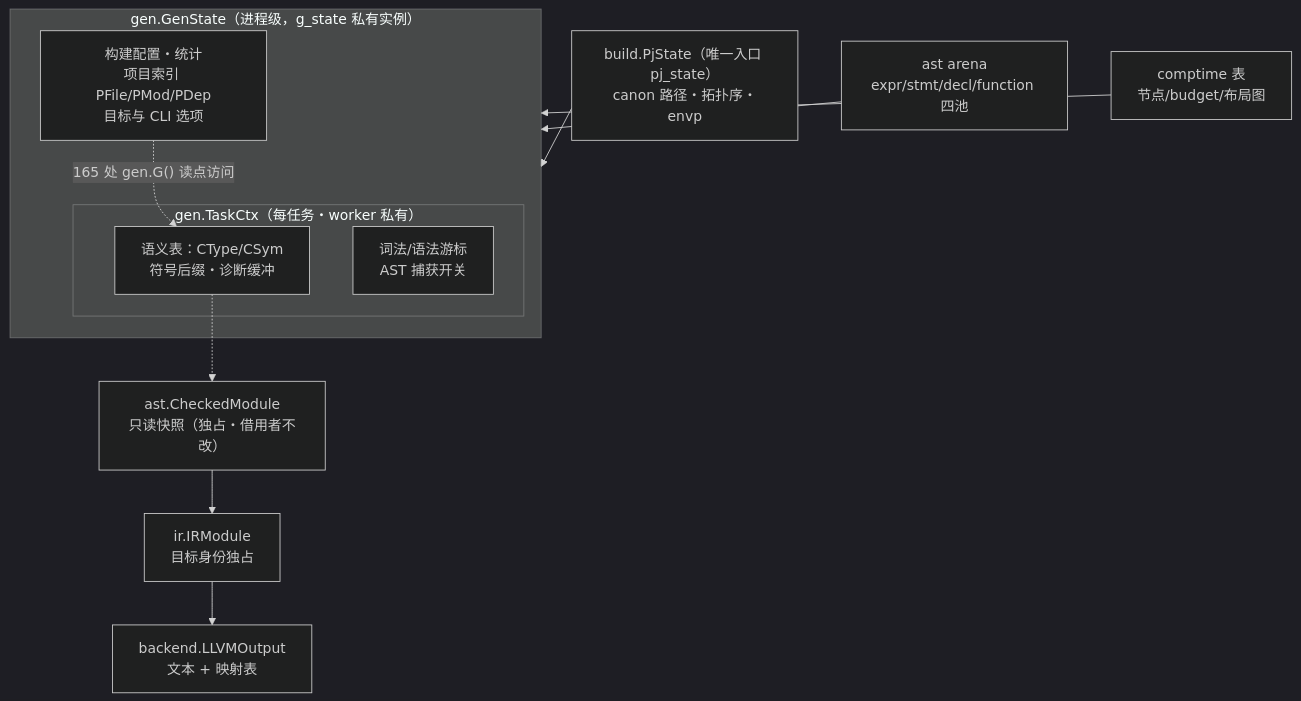
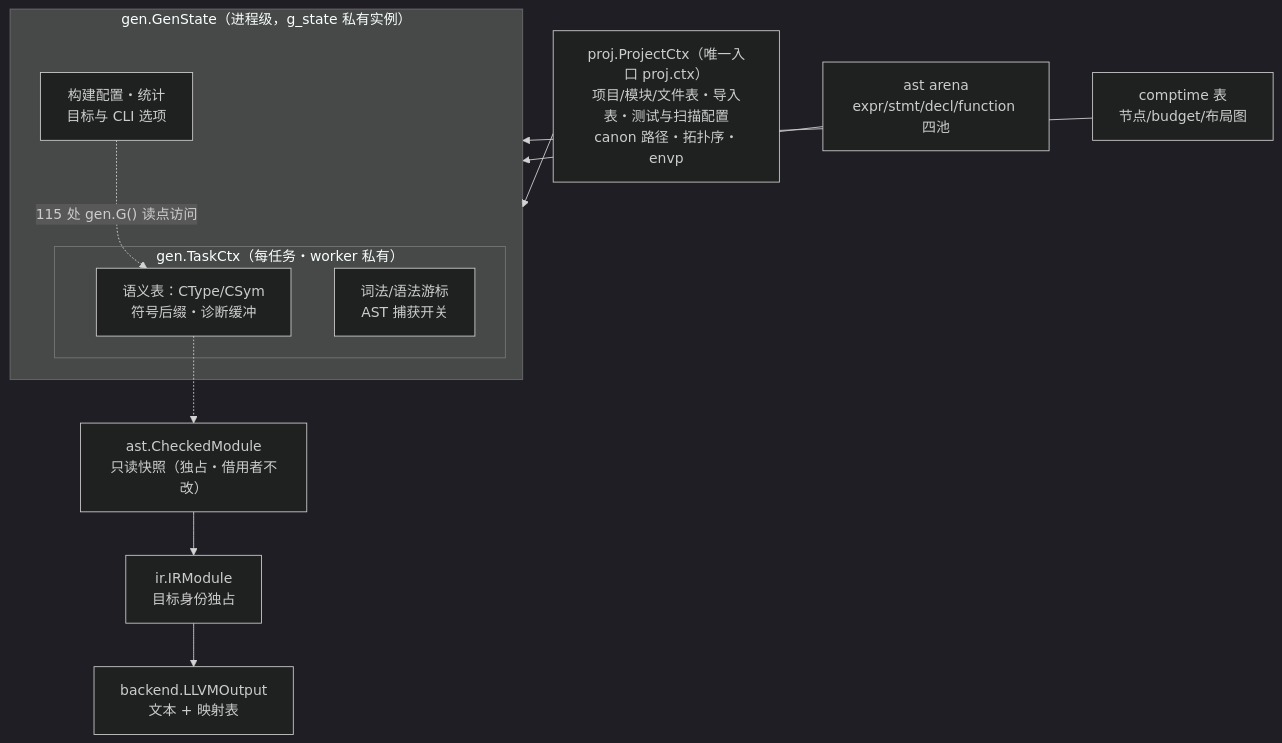
Before and after one commit to lalavender/x: the seventh of 9 diagrams in docs/03-design/yh-架构图-2026-10-25.md, drawn with Mermaid (dark theme). The commit also changed other lines of this file and 43 other files, not shown here.

First line of the commit message:
refactor(proj): 项目模型迁入 proj 模块，gen 不再拥有项目/文件表（B1-1）

````diff
--- a/docs/03-design/yh-架构图-2026-10-25.md
+++ b/docs/03-design/yh-架构图-2026-10-25.md
@@ -327,17 +328,17 @@
 ```mermaid
 flowchart TB
   subgraph GS["gen.GenState（进程级，g_state 私有实例）"]
-    G1["构建配置・统计<br/>项目索引 PFile/PMod/PDep<br/>目标与 CLI 选项"]
+    G1["构建配置・统计<br/>目标与 CLI 选项"]
     subgraph TC["gen.TaskCtx（每任务・worker 私有）"]
       T1["语义表：CType/CSym<br/>符号后缀・诊断缓冲"]
       T2["词法/语法游标<br/>AST 捕获开关"]
     end
   end
-  PJ["build.PjState（唯一入口 pj_state）<br/>canon 路径・拓扑序・envp"] --> GS
+  PJ["proj.ProjectCtx（唯一入口 proj.ctx）<br/>项目/模块/文件表・导入表・测试与扫描配置<br/>canon 路径・拓扑序・envp"] --> GS
   ASTARENA["ast arena<br/>expr/stmt/decl/function 四池"] --> GS
   CTTAB["comptime 表<br/>节点/budget/布局图"] --> GS
   SNAP["ast.CheckedModule<br/>只读快照（独占・借用者不改）"] --> IRM["ir.IRModule<br/>目标身份独占"]
   IRM --> LLOUT["backend.LLVMOutput<br/>文本 + 映射表"]
-  G1 -.->|"165 处 gen.G() 读点访问"| T1
+  G1 -.->|"115 处 gen.G() 读点访问"| T1
   T1 -.-> SNAP
 ```
````
